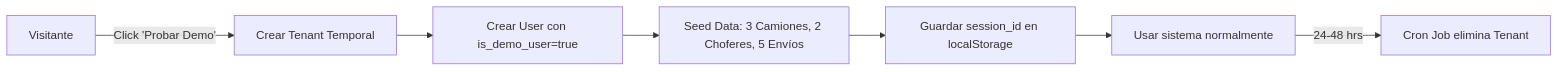
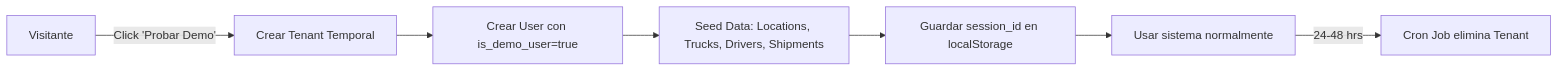
One commit to MetaCodeX/Parhelion-WMS changed the third of 3 diagrams in database-schema.md. Above: the diagram before and after it, drawn with Mermaid. The commit also changed other lines of this file, not shown here.

Commit message:
Expand database schema to Enterprise level with Location, ShipmentItem, and ShipmentCheckpoint modules

````diff
--- a/database-schema.md
+++ b/database-schema.md
@@ -188,9 +334,9 @@
 ```mermaid
 flowchart LR
     A[Visitante] -->|Click 'Probar Demo'| B[Crear Tenant Temporal]
     B --> C[Crear User con is_demo_user=true]
-    C --> D[Seed Data: 3 Camiones, 2 Choferes, 5 Envíos]
+    C --> D[Seed Data: Locations, Trucks, Drivers, Shipments]
     D --> E[Guardar session_id en localStorage]
     E --> F[Usar sistema normalmente]
     F -->|24-48 hrs| G[Cron Job elimina Tenant]
 ```
````
